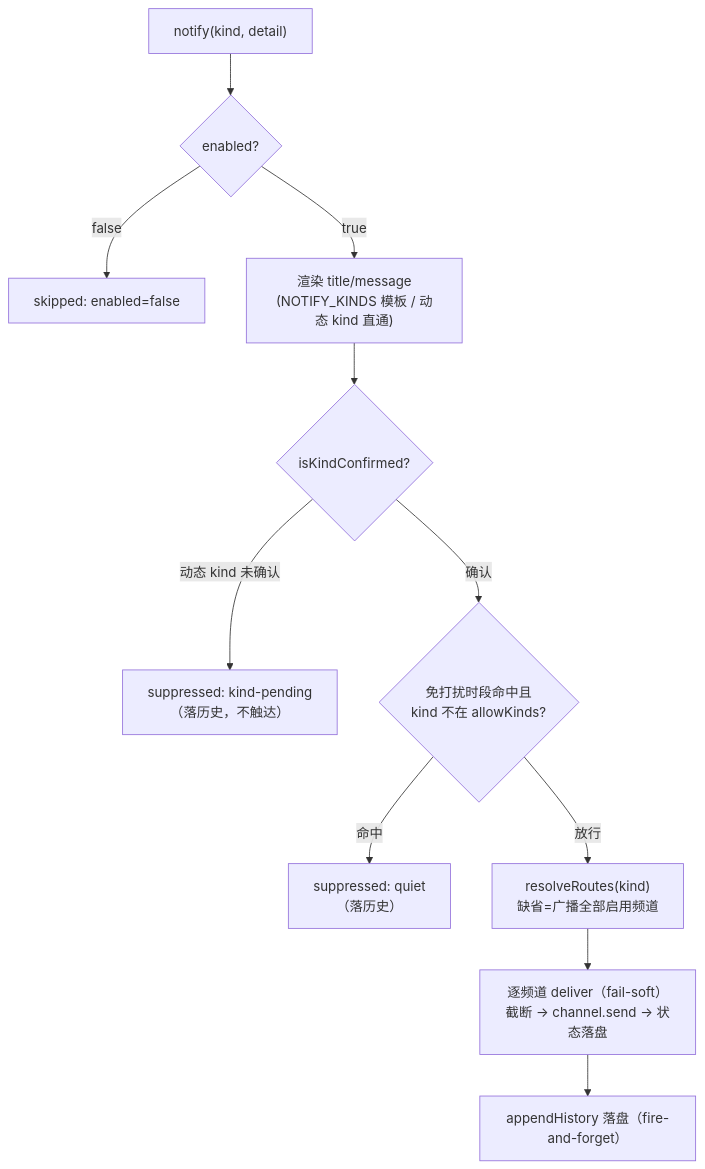
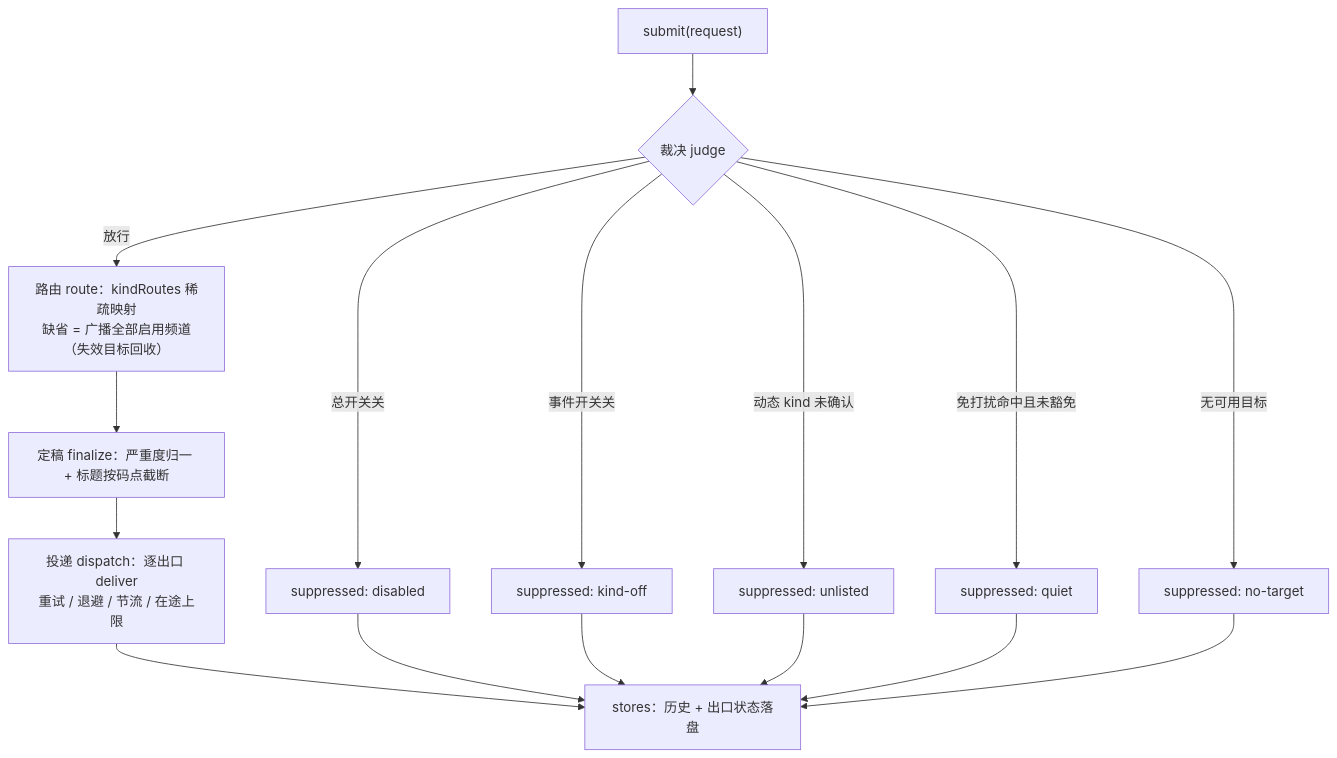
One commit to wingsky-1/dsh-plugin-hub changed the second of 2 diagrams in docs/architecture/dsh-notifier.md. Above: the diagram before and after it, drawn with Mermaid. The commit also changed other lines of this file and 18 other files, not shown here.

````diff
--- a/docs/architecture/dsh-notifier.md
+++ b/docs/architecture/dsh-notifier.md
@@ -74,13 +83,18 @@
 ```mermaid
 flowchart TD
-    A["notify(kind, detail)"] --> B{"enabled?"}
-    B -->|"false"| Z["skipped: enabled=false"]
-    B -->|"true"| C["渲染 title/message<br/>(NOTIFY_KINDS 模板 / 动态 kind 直通)"]
-    C --> D{"isKindConfirmed?"}
-    D -->|"动态 kind 未确认"| Y["suppressed: kind-pending<br/>（落历史，不触达）"]
-    D -->|"确认"| E{"免打扰时段命中且<br/>kind 不在 allowKinds?"}
-    E -->|"命中"| X["suppressed: quiet<br/>（落历史）"]
-    E -->|"放行"| F["resolveRoutes(kind)<br/>缺省=广播全部启用频道"]
-    F --> G["逐频道 deliver（fail-soft）<br/>截断 → channel.send → 状态落盘"]
-    G --> H["appendHistory 落盘（fire-and-forget）"]
+    A["submit(request)"] --> B{"裁决 judge"}
+    B -->|"总开关关"| Z1["suppressed: disabled"]
+    B -->|"事件开关关"| Z2["suppressed: kind-off"]
+    B -->|"动态 kind 未确认"| Z3["suppressed: unlisted"]
+    B -->|"免打扰命中且未豁免"| Z4["suppressed: quiet"]
+    B -->|"无可用目标"| Z5["suppressed: no-target"]
+    B -->|"放行"| C["路由 route：kindRoutes 稀疏映射<br/>缺省 = 广播全部启用频道（失效目标回收）"]
+    C --> D["定稿 finalize：严重度归一 + 标题按码点截断"]
+    D --> E["投递 dispatch：逐出口 deliver<br/>重试 / 退避 / 节流 / 在途上限"]
+    E --> F["stores：历史 + 出口状态落盘"]
+    Z1 --> F
+    Z2 --> F
+    Z3 --> F
+    Z4 --> F
+    Z5 --> F
 ```
````
